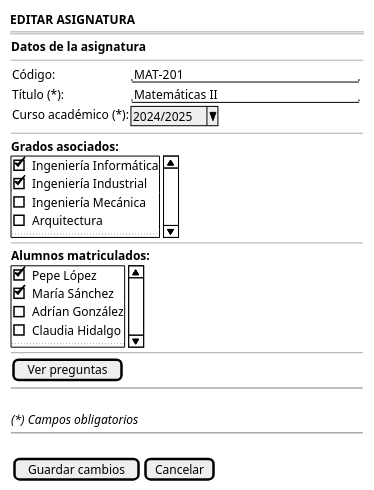
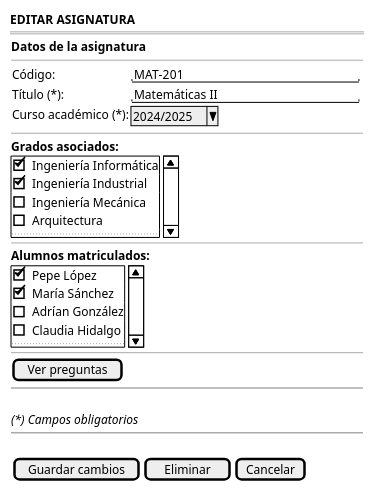
One commit to martinlopez7/25-26-IdSw1-SdR changed the diagram in documents/casos-de-uso/prototipadoCasosDeUso/editarAsignatura/editarAsignatura.puml. Above: the diagram before and after it, drawn with PlantUML. The commit also changed 1 other file, not shown here.

Commit message:
fix(cu): Añadir el boton de eliminar al caso de uso de editarAsignaura [refs #98]

```diff
--- a/documents/casos-de-uso/prototipadoCasosDeUso/editarAsignatura/editarAsignatura.puml
+++ b/documents/casos-de-uso/prototipadoCasosDeUso/editarAsignatura/editarAsignatura.puml
@@ -1,49 +1,49 @@
 @startsalt editarAsignatura_FORMULARIO
 {
     <b>EDITAR ASIGNATURA</b>
     ===
     {
         <b>Datos de la asignatura</b>
         --
         {
             Código:         | "MAT-201                     " 
             Título (*):     | "Matemáticas II              "
             Curso académico (*): | ^2024/2025^
         }
         
         --
         
         <b>Grados asociados:</b>
         {SI
             [X] Ingeniería Informática
             [X] Ingeniería Industrial
             [ ] Ingeniería Mecánica
             [ ] Arquitectura
             ...
         }
         
         --
         
         <b>Alumnos matriculados:</b>
         {SI
             [X] Pepe López
             [X] María Sánchez
             [ ] Adrían González
             [ ] Claudia Hidalgo
             ...
         }
         
         --
         
         [Ver preguntas]
         
         ~~
         .
         <i>(*) Campos obligatorios</i>
         
         ~~
         .
-        {[Guardar cambios] | [Cancelar]}
+        {[Guardar cambios] | [ Eliminar ] | [Cancelar]}
     }
 }
 @endsalt
```
